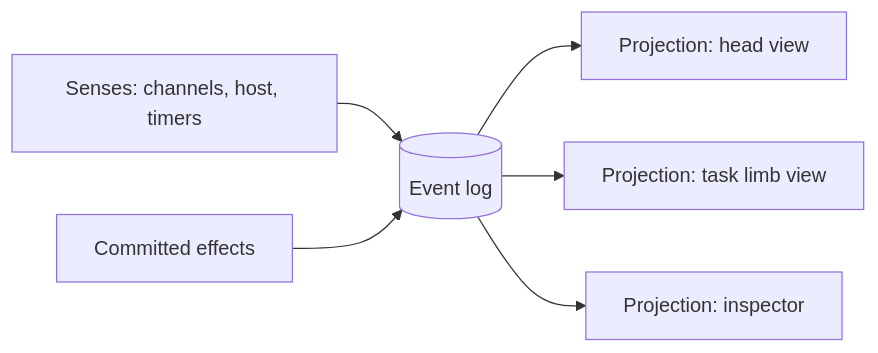
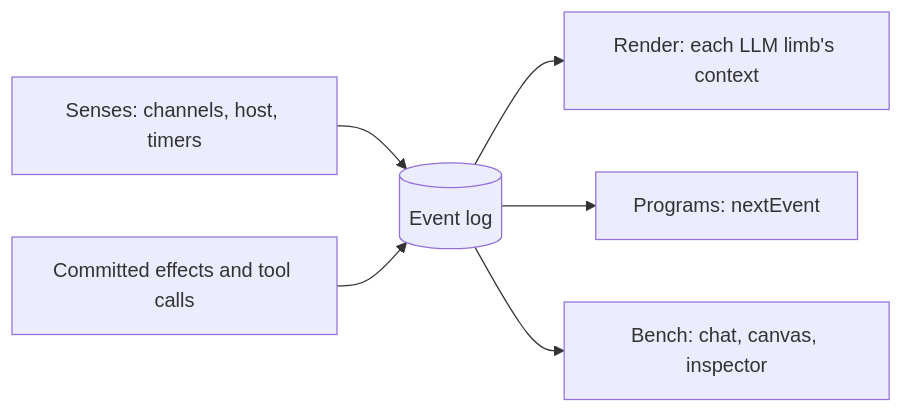
Before and after one commit to nerfZael/drone: the diagram in entity/docs/core-model.md, drawn with Mermaid. The commit also changed other lines of this file and 14 other files, not shown here.

````diff
--- a/entity/docs/core-model.md
+++ b/entity/docs/core-model.md
@@ -5,8 +5,8 @@
 ```mermaid
 flowchart LR
   S[Senses: channels, host, timers] --> L[(Event log)]
-  X[Committed effects] --> L
-  L --> P1[Projection: head view]
-  L --> P2[Projection: task limb view]
-  L --> P3[Projection: inspector]
+  X[Committed effects and tool calls] --> L
+  L --> R[Render: each LLM limb's context]
+  L --> P[Programs: nextEvent]
+  L --> U[Bench: chat, canvas, inspector]
 ```
````
